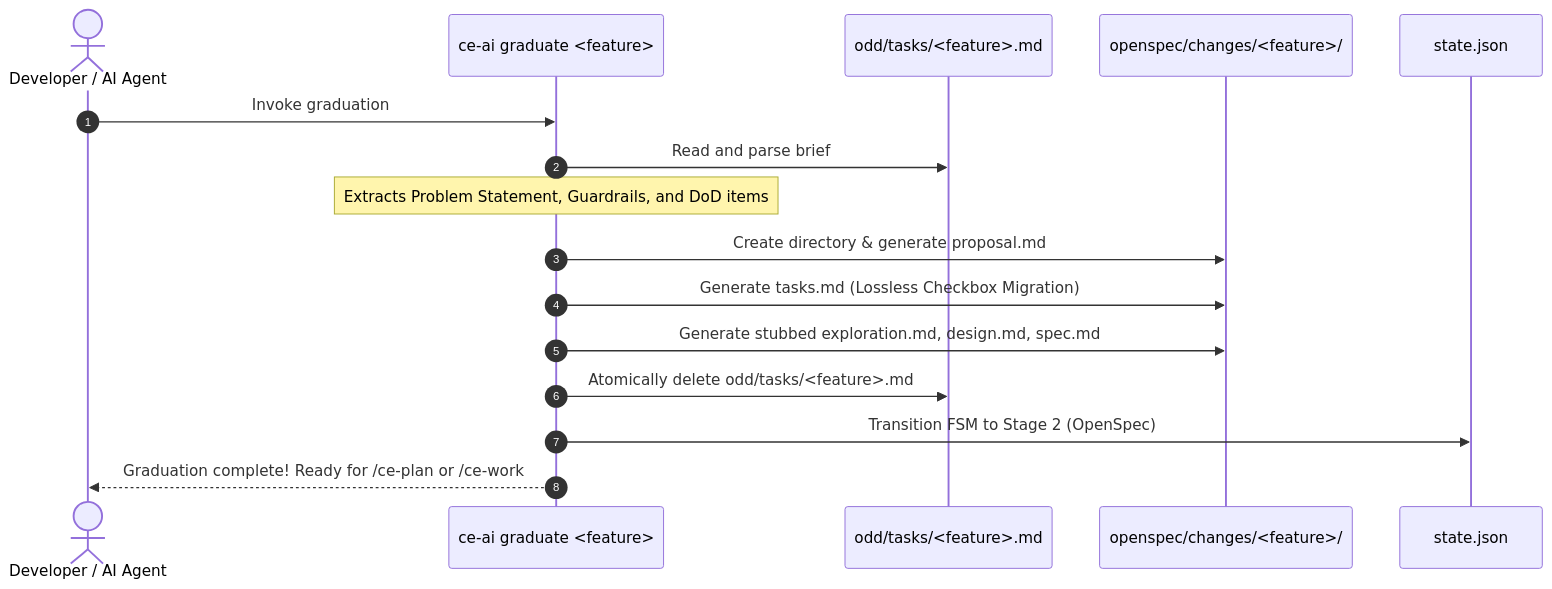
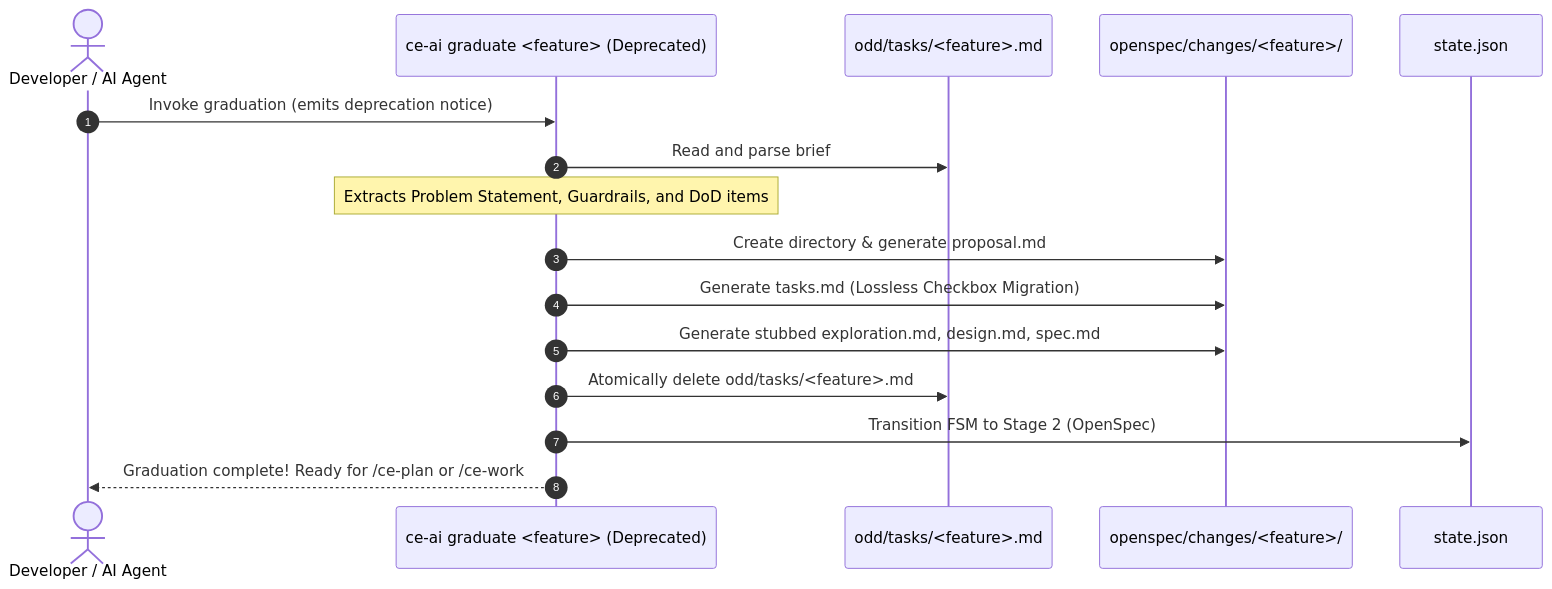
Before and after one commit to mastepanoski/ce-ai: the second of 3 diagrams in docs/user-guide/odd-fast-path-and-graduation-masterclass.md, drawn with Mermaid. The commit also changed other lines of this file and 17 other files, not shown here.

````diff
--- a/docs/user-guide/odd-fast-path-and-graduation-masterclass.md
+++ b/docs/user-guide/odd-fast-path-and-graduation-masterclass.md
@@ -141,19 +141,19 @@
 ```mermaid
 sequenceDiagram
     autonumber
     actor Dev as Developer / AI Agent
-    participant Bridge as ce-ai graduate <feature>
+    participant Bridge as ce-ai graduate <feature> (Deprecated)
     participant ODD as odd/tasks/<feature>.md
     participant OpenSpec as openspec/changes/<feature>/
     participant State as state.json
 
-    Dev->>Bridge: Invoke graduation
+    Dev->>Bridge: Invoke graduation (emits deprecation notice)
     Bridge->>ODD: Read and parse brief
     Note over Bridge: Extracts Problem Statement, Guardrails, and DoD items
     Bridge->>OpenSpec: Create directory & generate proposal.md
     Bridge->>OpenSpec: Generate tasks.md (Lossless Checkbox Migration)
     Bridge->>OpenSpec: Generate stubbed exploration.md, design.md, spec.md
     Bridge->>ODD: Atomically delete odd/tasks/<feature>.md
     Bridge->>State: Transition FSM to Stage 2 (OpenSpec)
     Bridge-->>Dev: Graduation complete! Ready for /ce-plan or /ce-work
 ```
````
